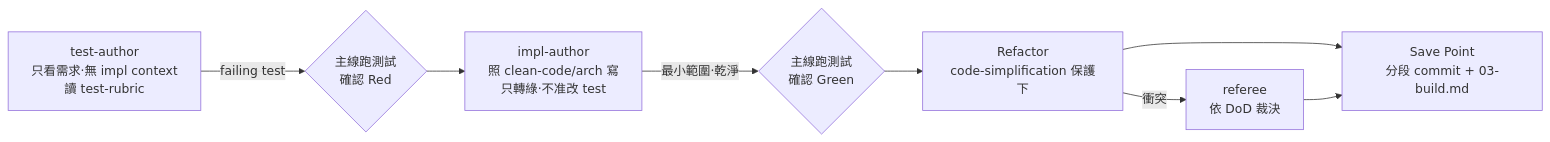
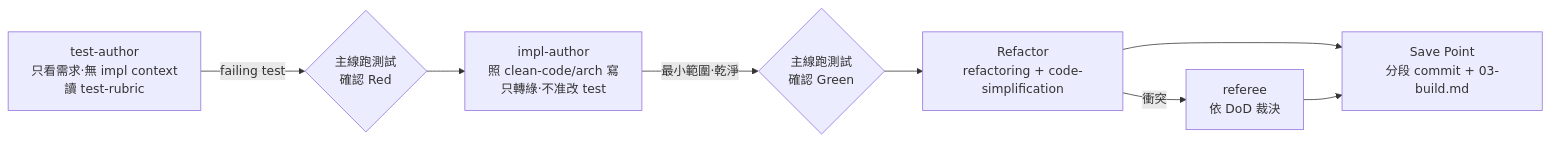
The second of 3 diagrams in plugins/loops-workflow/docs/FLOW.md (adha9990/dev-workflows), drawn with Mermaid before and after one commit. The commit also changed other lines of this file and 8 other files, not shown here.

````diff
--- a/plugins/loops-workflow/docs/FLOW.md
+++ b/plugins/loops-workflow/docs/FLOW.md
@@ -124,10 +124,10 @@
 ```mermaid
 flowchart LR
     T[test-author<br/>只看需求·無 impl context<br/>讀 test-rubric] -->|failing test| R{主線跑測試<br/>確認 Red}
     R --> I[impl-author<br/>照 clean-code/arch 寫<br/>只轉綠·不准改 test]
     I -->|最小範圍·乾淨| GG{主線跑測試<br/>確認 Green}
-    GG --> RF[Refactor<br/>code-simplification 保護下]
+    GG --> RF[Refactor<br/>refactoring + code-simplification]
     RF -->|衝突| REF[referee<br/>依 DoD 裁決]
     RF --> SP[Save Point<br/>分段 commit + 03-build.md]
     REF --> SP
 ```
````
